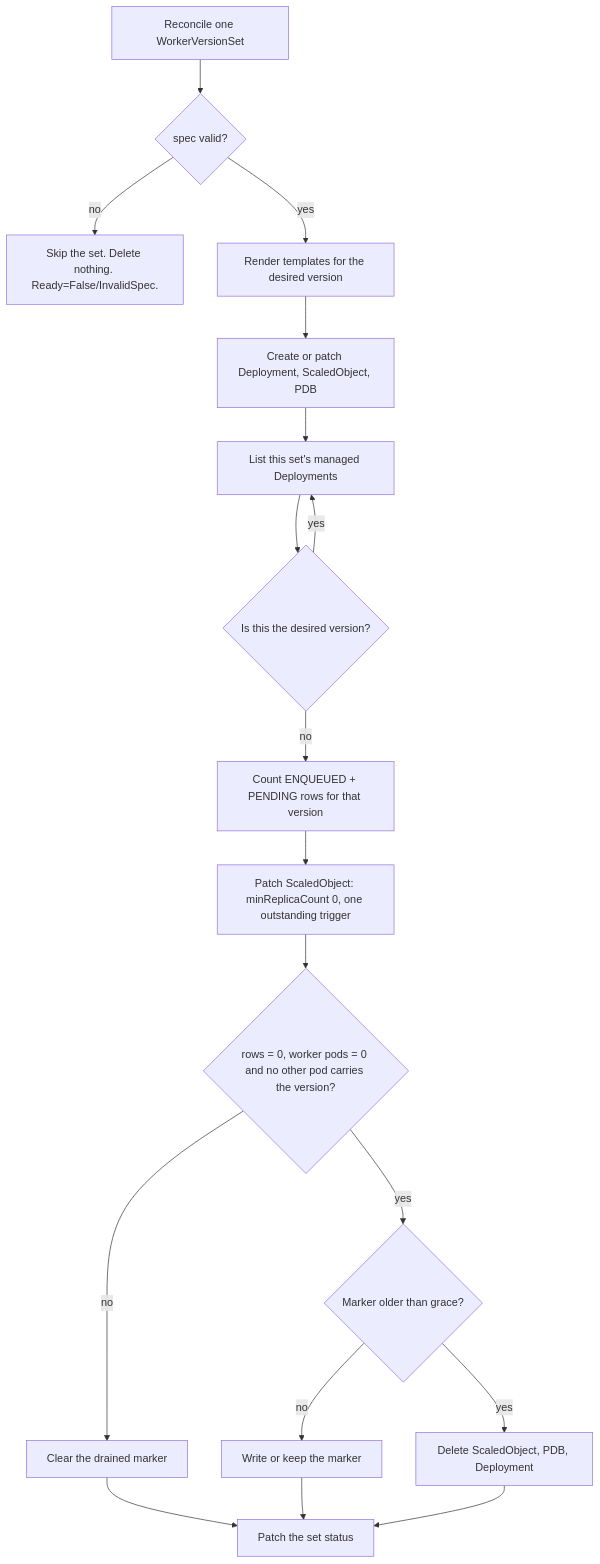
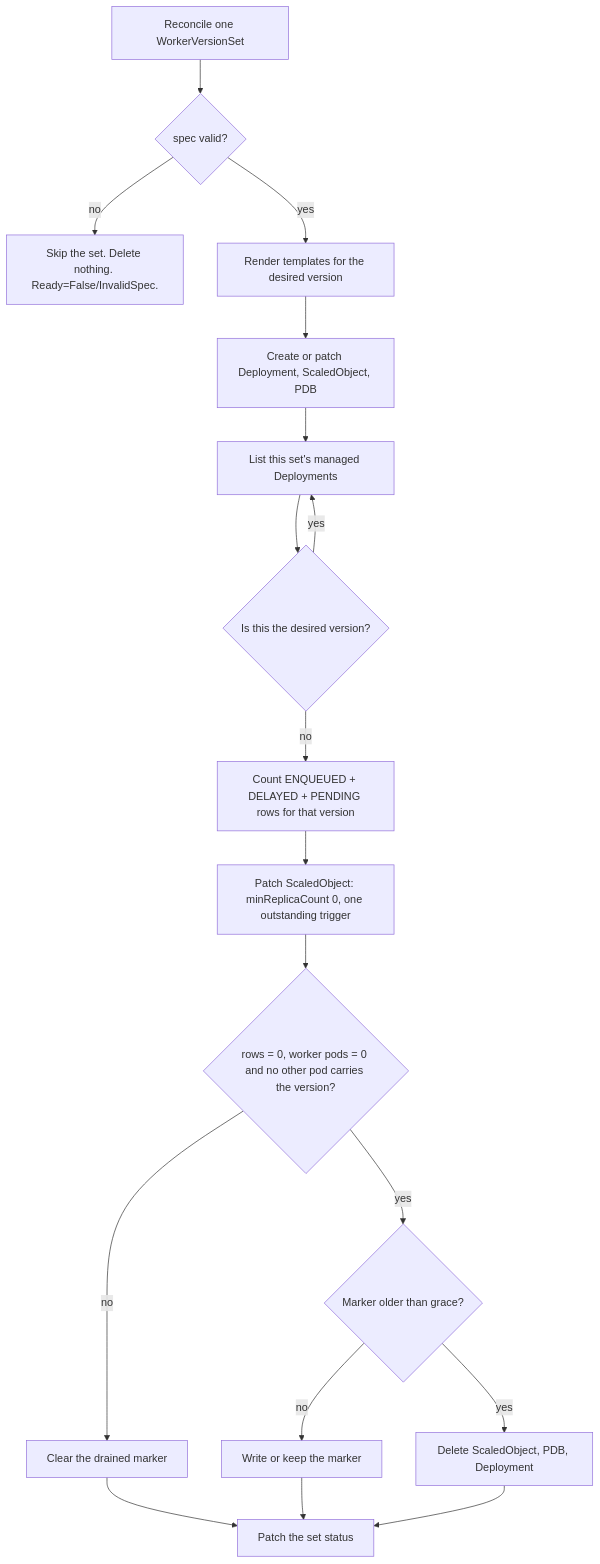
One commit to trustle/dbos-version-controller changed the second of 2 diagrams in README.md. Above: the diagram before and after it, drawn with Mermaid. The commit also changed other lines of this file and 9 other files, not shown here.

First line of the commit message:
Count DELAYED workflows before deleting a drained version (#23)

````diff
--- a/README.md
+++ b/README.md
@@ -225,20 +231,20 @@
 ```mermaid
 flowchart TD
     A[Reconcile one WorkerVersionSet] --> B{spec valid?}
     B -- no --> Z[Skip the set. Delete nothing. Ready=False/InvalidSpec.]
     B -- yes --> C[Render templates for the desired version]
     C --> D[Create or patch Deployment, ScaledObject, PDB]
     D --> E[List this set's managed Deployments]
     E --> F{Is this the desired version?}
     F -- yes --> E
-    F -- no --> G[Count ENQUEUED + PENDING rows for that version]
+    F -- no --> G[Count ENQUEUED + DELAYED + PENDING rows for that version]
     G --> H[Patch ScaledObject: minReplicaCount 0, one outstanding trigger]
     H --> I{rows = 0, worker pods = 0 and no other pod carries the version?}
     I -- no --> J[Clear the drained marker]
     I -- yes --> K{Marker older than grace?}
     K -- no --> L[Write or keep the marker]
     K -- yes --> M[Delete ScaledObject, PDB, Deployment]
     J --> N[Patch the set status]
     L --> N
     M --> N
 ```
````
